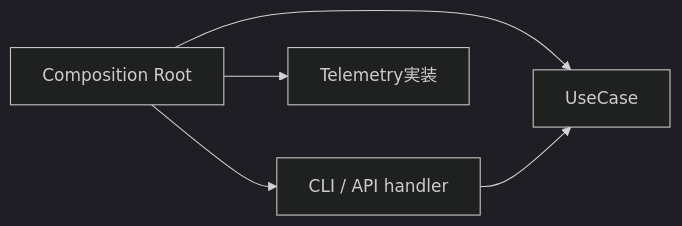
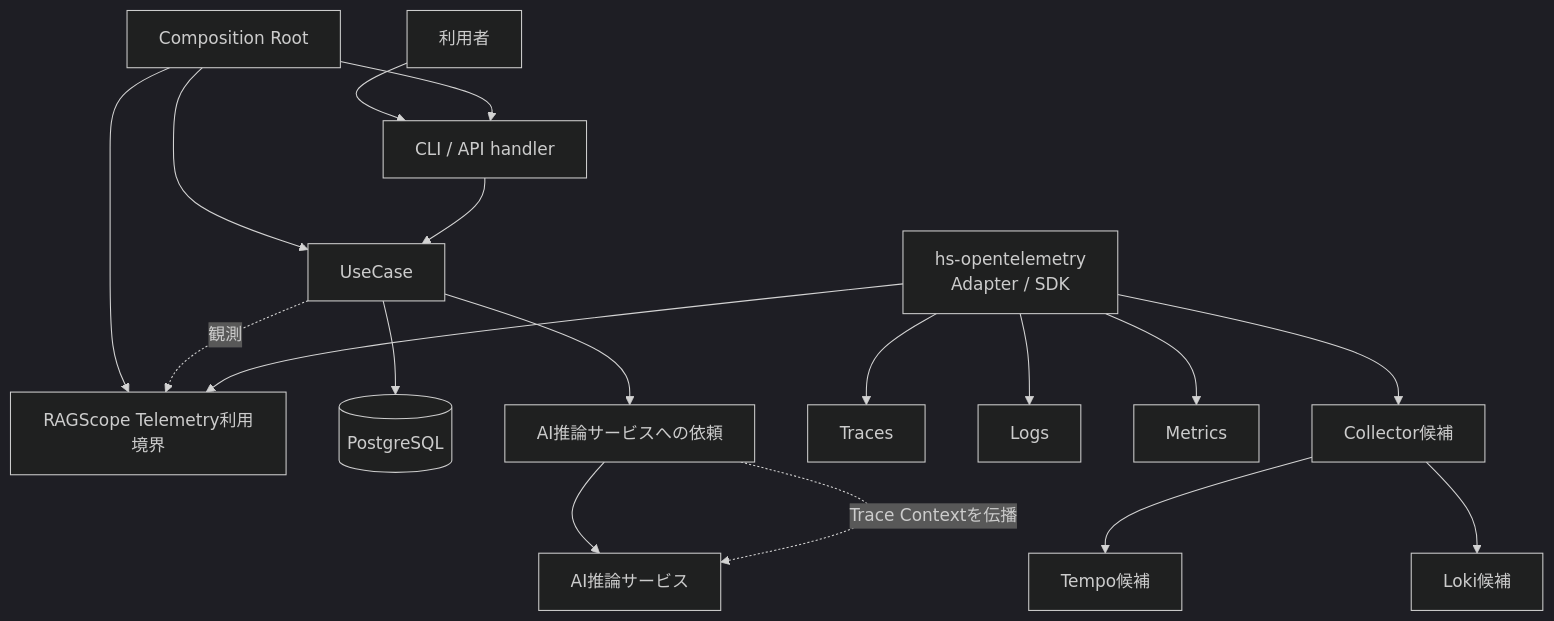
The first of 2 diagrams in Notes/RAGScope/RAGScopeアプリケーション/RS-0023 Observability設計メモ.md (takashit16833/Workbench), drawn with Mermaid (dark theme) before and after one commit. The commit also changed other lines of this file and 3 other files, not shown here.

````diff
--- a/Notes/RAGScope/RAGScopeアプリケーション/RS-0023 Observability設計メモ.md
+++ b/Notes/RAGScope/RAGScopeアプリケーション/RS-0023 Observability設計メモ.md
@@ -35,8 +30,26 @@
 ```mermaid
-flowchart LR
-    CR["Composition Root"] --> H["CLI / API handler"]
+flowchart TB
+    USER["利用者"] --> H["CLI / API handler"]
+
+    CR["Composition Root"] --> H
     CR --> UC["UseCase"]
-    CR --> TEL["Telemetry実装"]
+    CR --> TEL["RAGScope Telemetry利用境界"]
 
     H --> UC
+    UC --> DB[("PostgreSQL")]
+    UC --> AIREQ["AI推論サービスへの依頼"]
+    AIREQ --> AI["AI推論サービス"]
+
+    AIREQ -. "Trace Contextを伝播" .-> AI
+
+    UC -. "観測" .-> TEL
+    OTEL["hs-opentelemetry\nAdapter / SDK"] --> TEL
+
+    OTEL --> TR["Traces"]
+    OTEL --> LG["Logs"]
+    OTEL --> MT["Metrics"]
+
+    OTEL --> COL["Collector候補"]
+    COL --> TEMPO["Tempo候補"]
+    COL --> LOKI["Loki候補"]
 ```
````
